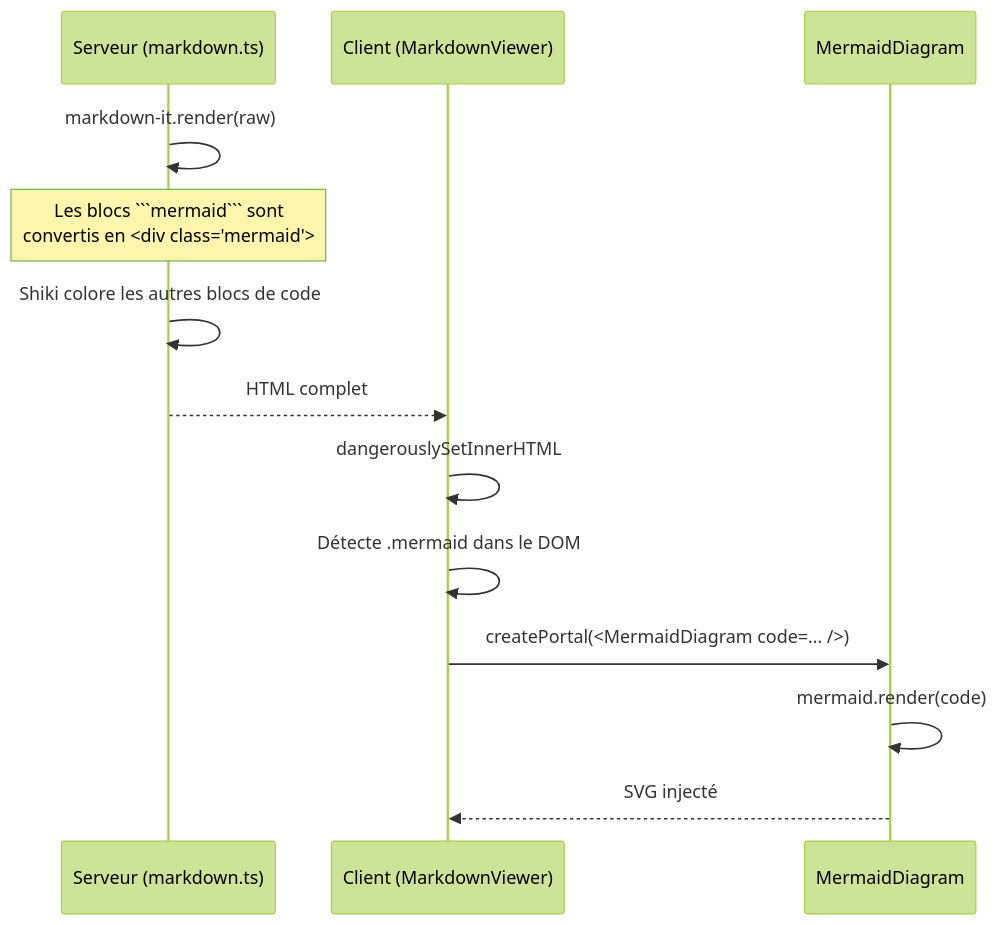
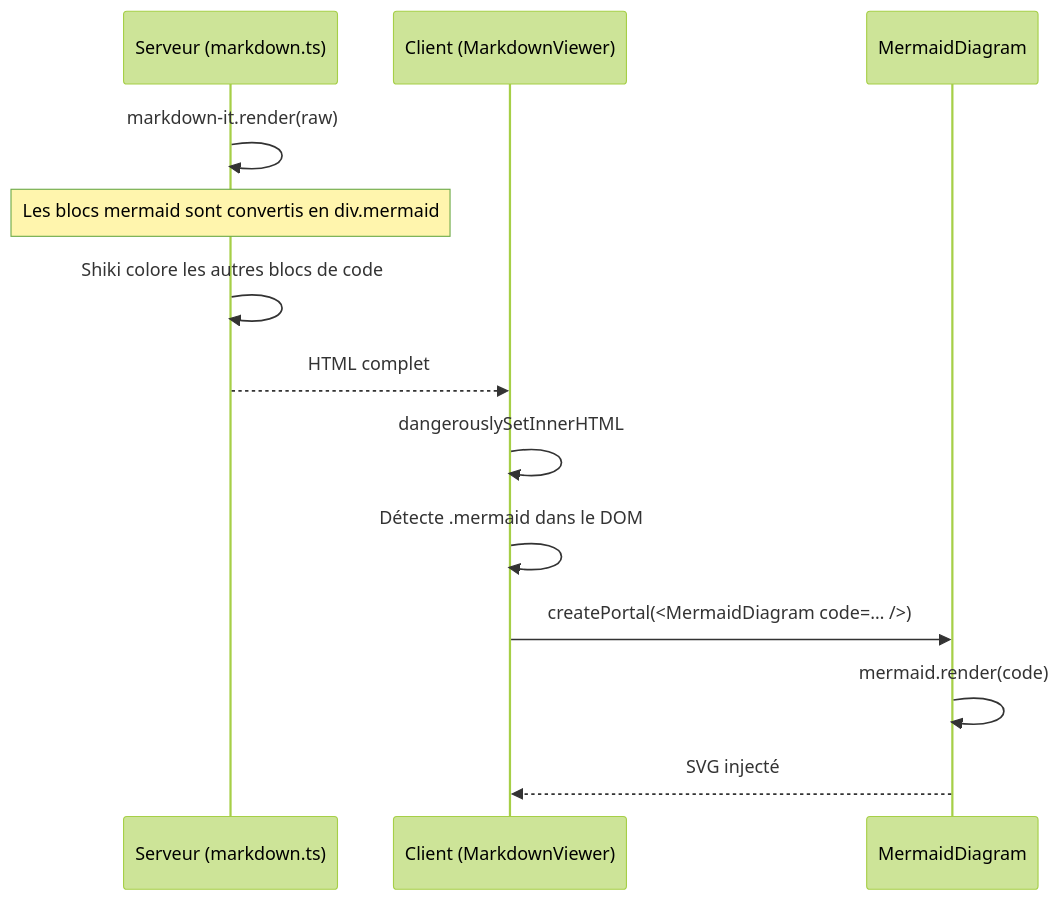
One commit to francois76/docsHub changed the sixth of 7 diagrams in docs/architecture.md. Above: the diagram before and after it, drawn with Mermaid (forest theme). The commit also changed other lines of this file and 5 other files, not shown here.

````diff
--- a/docs/architecture.md
+++ b/docs/architecture.md
@@ -164,17 +164,17 @@
 ```mermaid
 sequenceDiagram
     participant Server as Serveur (markdown.ts)
     participant Client as Client (MarkdownViewer)
     participant Mermaid as MermaidDiagram
 
     Server->>Server: markdown-it.render(raw)
-    Note over Server: Les blocs ```mermaid``` sont<br/>convertis en <div class="mermaid">
+    Note over Server: Les blocs mermaid sont convertis en div.mermaid
     Server->>Server: Shiki colore les autres blocs de code
     Server-->>Client: HTML complet
 
     Client->>Client: dangerouslySetInnerHTML
     Client->>Client: Détecte .mermaid dans le DOM
     Client->>Mermaid: createPortal(<MermaidDiagram code=… />)
     Mermaid->>Mermaid: mermaid.render(code)
     Mermaid-->>Client: SVG injecté
 ```
````
